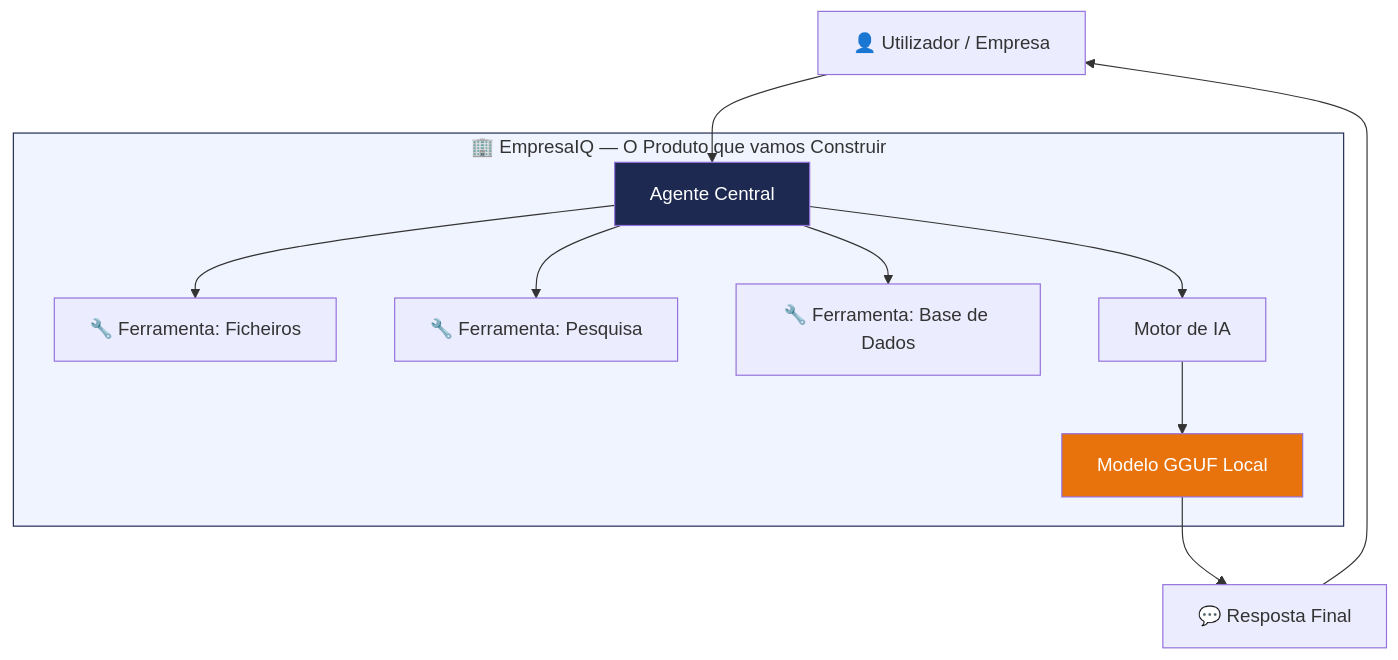
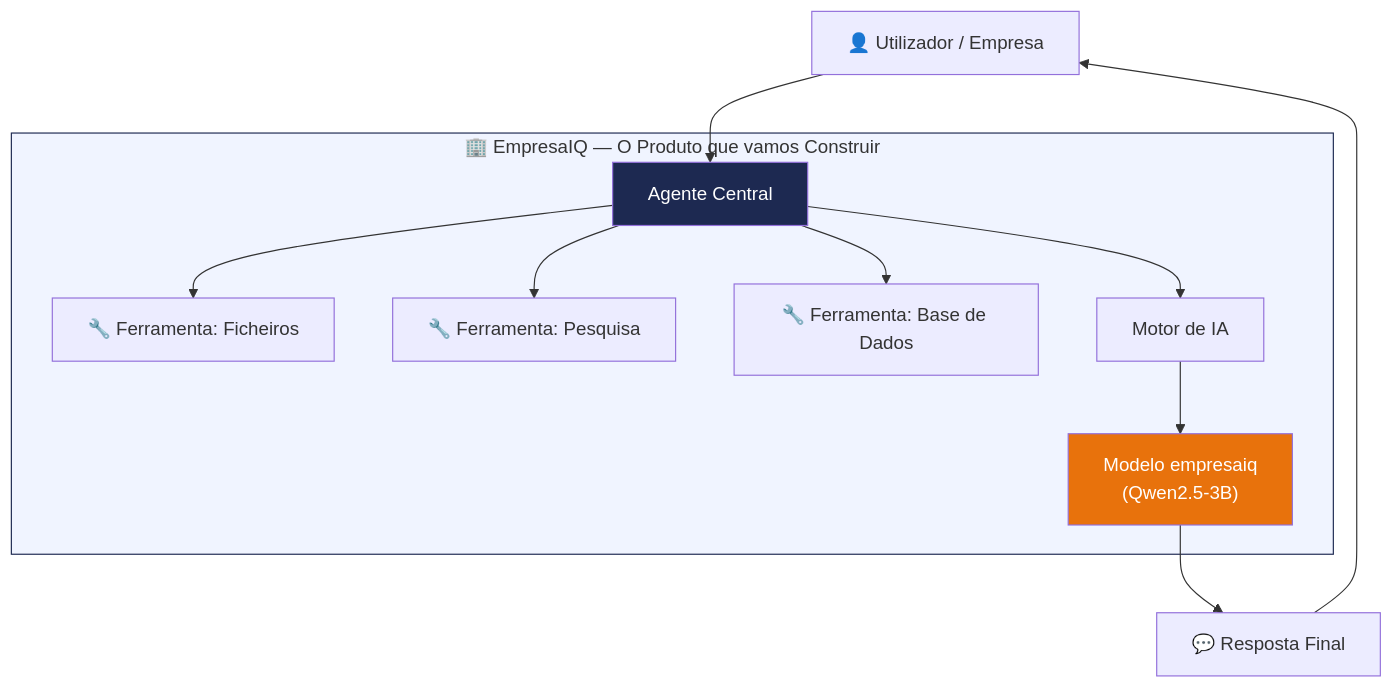
The diagram in docs/01-introducao.md (icpmtech/empresaiq-ebook), drawn with Mermaid before and after one commit. The commit also changed other lines of this file and 11 other files, not shown here.

````diff
--- a/docs/01-introducao.md
+++ b/docs/01-introducao.md
@@ -33,16 +33,16 @@
 ```mermaid
 graph TD
     U[👤 Utilizador / Empresa] --> A
     subgraph empresaiq[🏢 EmpresaIQ — O Produto que vamos Construir]
         A[Agente Central] --> T1[🔧 Ferramenta: Ficheiros]
         A --> T2[🔧 Ferramenta: Pesquisa]
         A --> T3[🔧 Ferramenta: Base de Dados]
         A --> LLM[Motor de IA]
-        LLM --> M[Modelo GGUF Local]
+        LLM --> M["Modelo empresaiq\n(Qwen2.5-3B)"]
     end
     M --> R[💬 Resposta Final]
     R --> U
     style empresaiq fill:#f0f4ff,stroke:#1D2951
     style M fill:#E8720C,color:#fff
     style A fill:#1D2951,color:#fff
 ```
````
